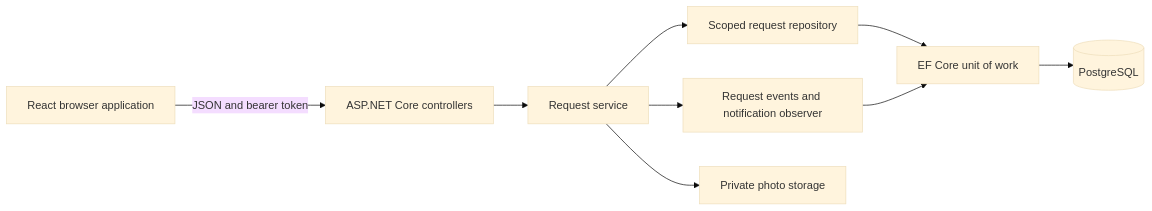
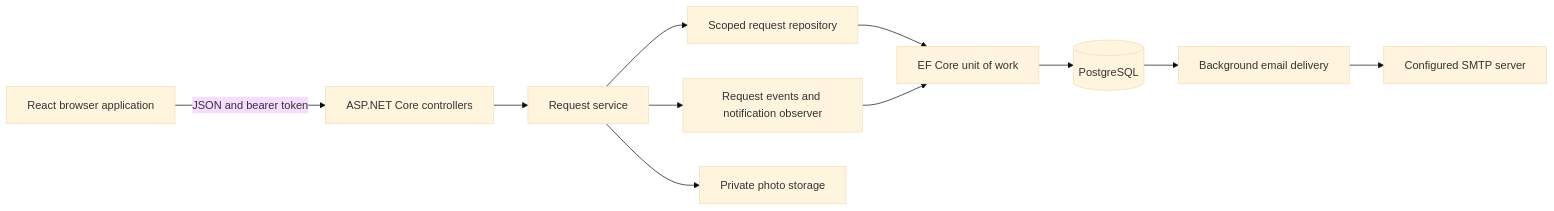
Before and after one commit to ST10445479-ConnorBettridge/INSY7315_PROPCARE_2: the first of 2 diagrams in docs/REQUIREMENTS.md, drawn with Mermaid (base theme). The commit also changed other lines of this file and 139 other files, not shown here.

````diff
--- a/docs/REQUIREMENTS.md
+++ b/docs/REQUIREMENTS.md
@@ -23,11 +23,13 @@
 ```mermaid
 flowchart LR
   UI[React browser application] -->|JSON and bearer token| API[ASP.NET Core controllers]
   API --> SERVICE[Request service]
   SERVICE --> REPO[Scoped request repository]
   SERVICE --> EVENTS[Request events and notification observer]
   REPO --> EF[EF Core unit of work]
   EVENTS --> EF
+  DB --> MAIL[Background email delivery]
+  MAIL --> SMTP[Configured SMTP server]
   EF --> DB[(PostgreSQL)]
   SERVICE --> FILES[Private photo storage]
 ```
````
